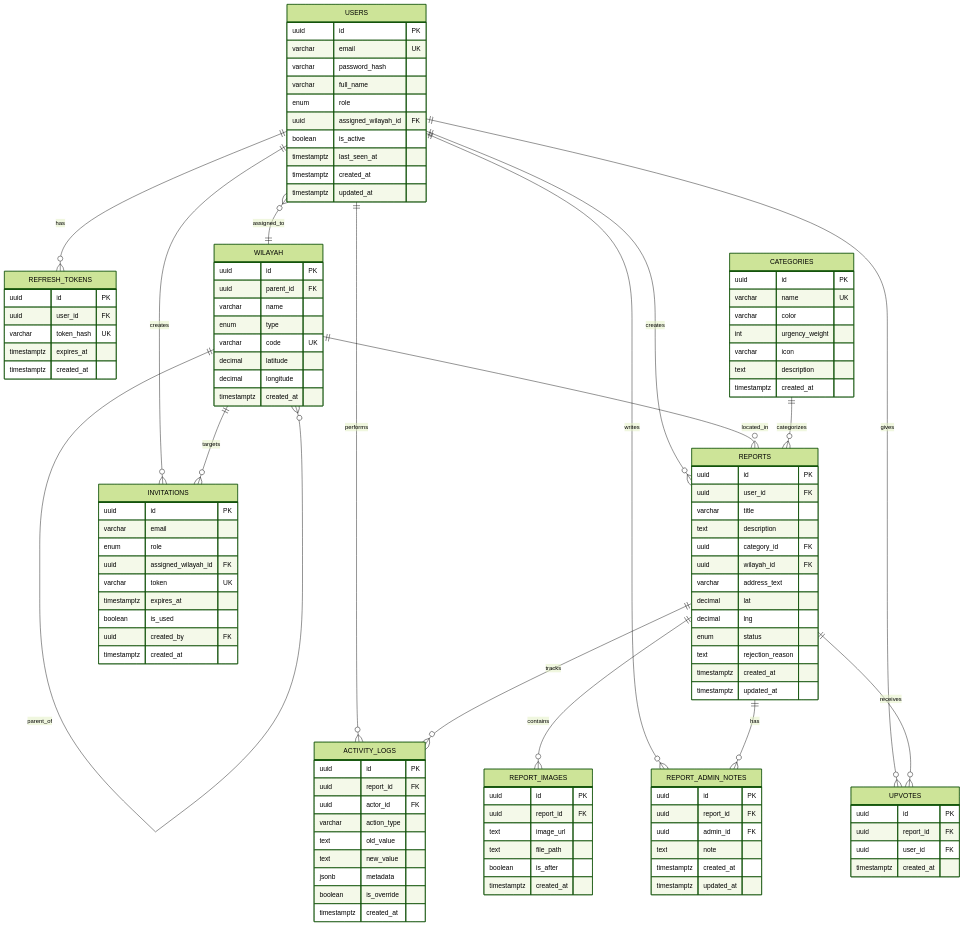
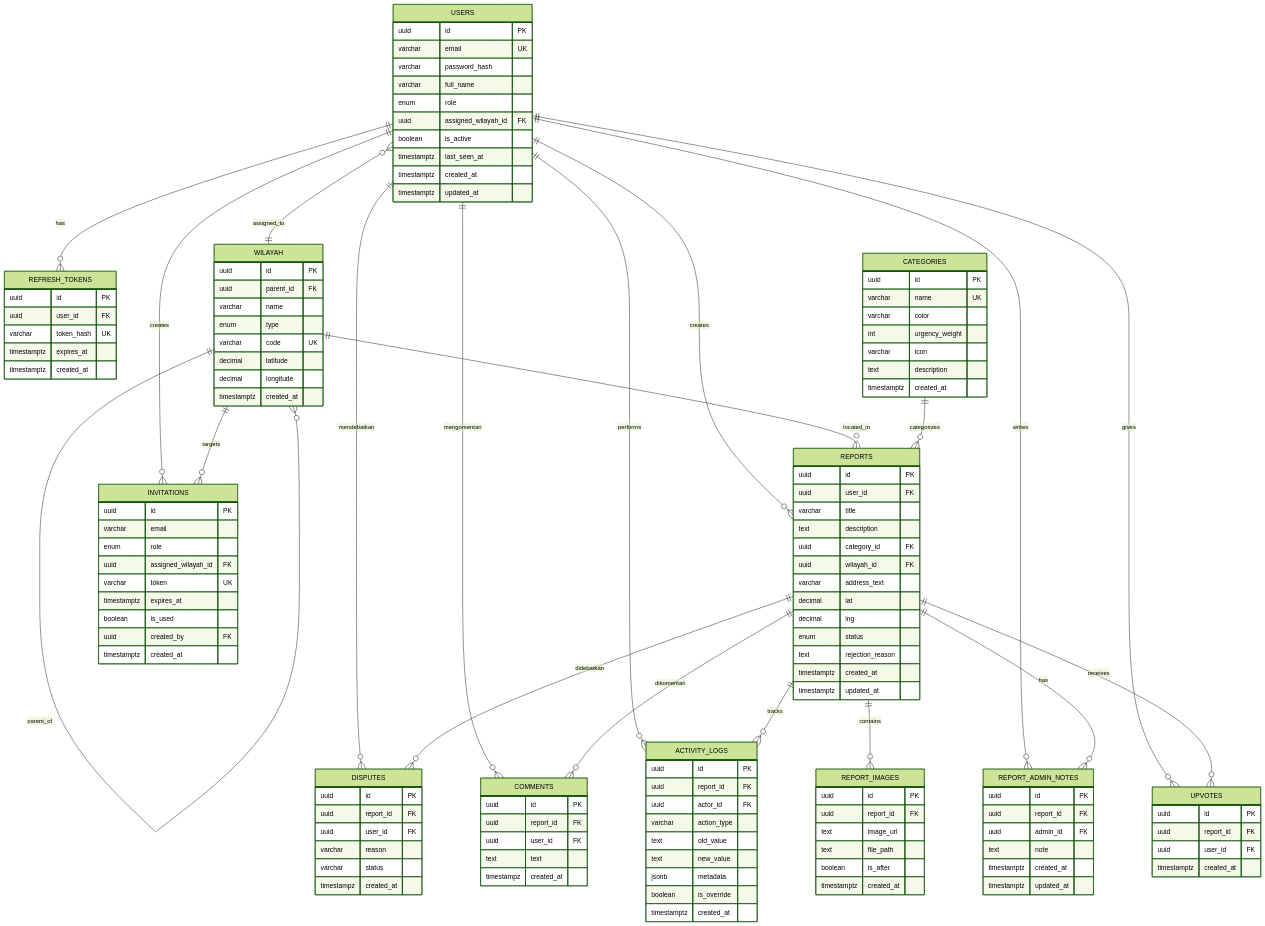
One commit to luthfi-indrawan/LaporRuta changed the diagram in documents/04_DATABASE_DESIGN.md. Above: the diagram before and after it, drawn with Mermaid (forest theme). The commit also changed other lines of this file and 2 other files, not shown here.

Commit message:
i have updated and created some file.

````diff
--- a/documents/04_DATABASE_DESIGN.md
+++ b/documents/04_DATABASE_DESIGN.md
@@ -12,6 +12,8 @@
     USERS ||--o{ REPORT_ADMIN_NOTES : writes
     USERS ||--o{ ACTIVITY_LOGS : performs
     USERS ||--o{ INVITATIONS : creates
+    USERS ||--o{ COMMENTS : mengomentari
+    USERS ||--o{ DISPUTES : mendebatkan
     USERS }o--|| WILAYAH : "assigned_to"
     WILAYAH ||--o{ WILAYAH : "parent_of"
     WILAYAH ||--o{ REPORTS : "located_in"
@@ -21,6 +23,8 @@
     REPORTS ||--o{ UPVOTES : receives
     REPORTS ||--o{ REPORT_ADMIN_NOTES : has
     REPORTS ||--o{ ACTIVITY_LOGS : tracks
+    REPORTS ||--o{ COMMENTS : dikomentari
+    REPORTS ||--o{ DISPUTES : didebatkan
 
     USERS {
         uuid id PK
@@ -128,4 +132,21 @@
         uuid created_by FK
         timestamptz created_at
     }
+
+    COMMENTS {
+        uuid id PK
+        uuid report_id FK
+        uuid user_id FK
+        text text
+        timestampz created_at
+    }
+
+    DISPUTES {
+        uuid id PK
+        uuid report_id FK
+        uuid user_id FK
+        varchar reason
+        varchar status
+        timestampz created_at
+    }
 ```
````
